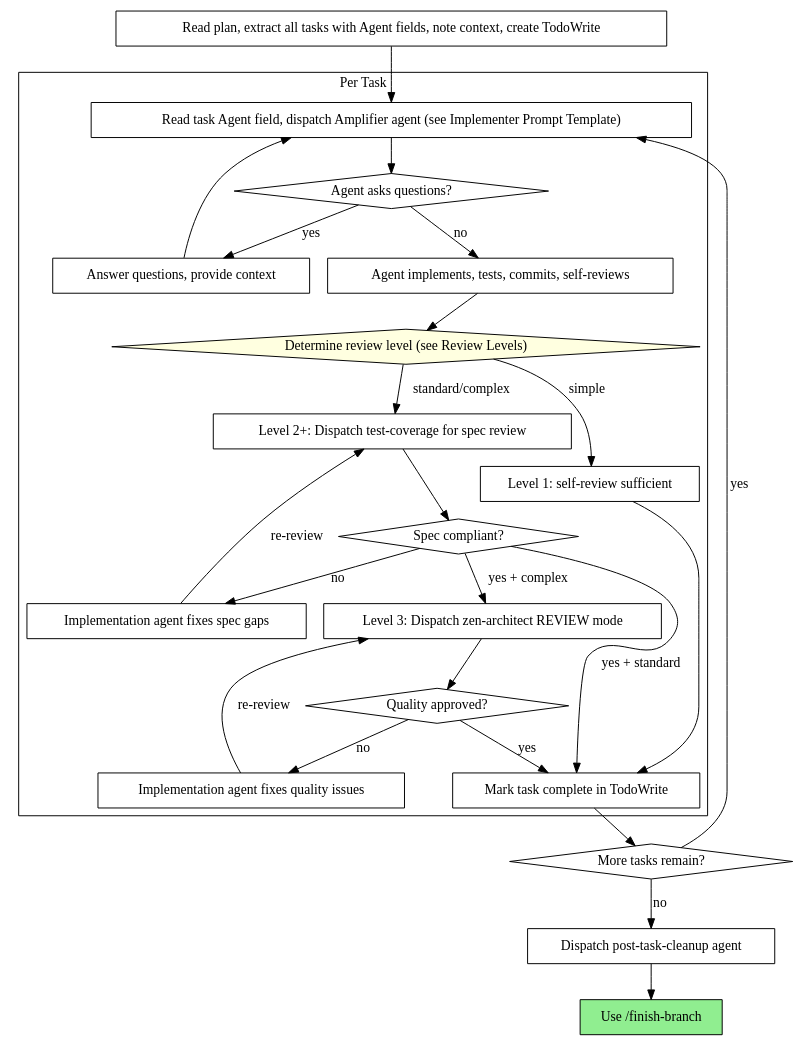
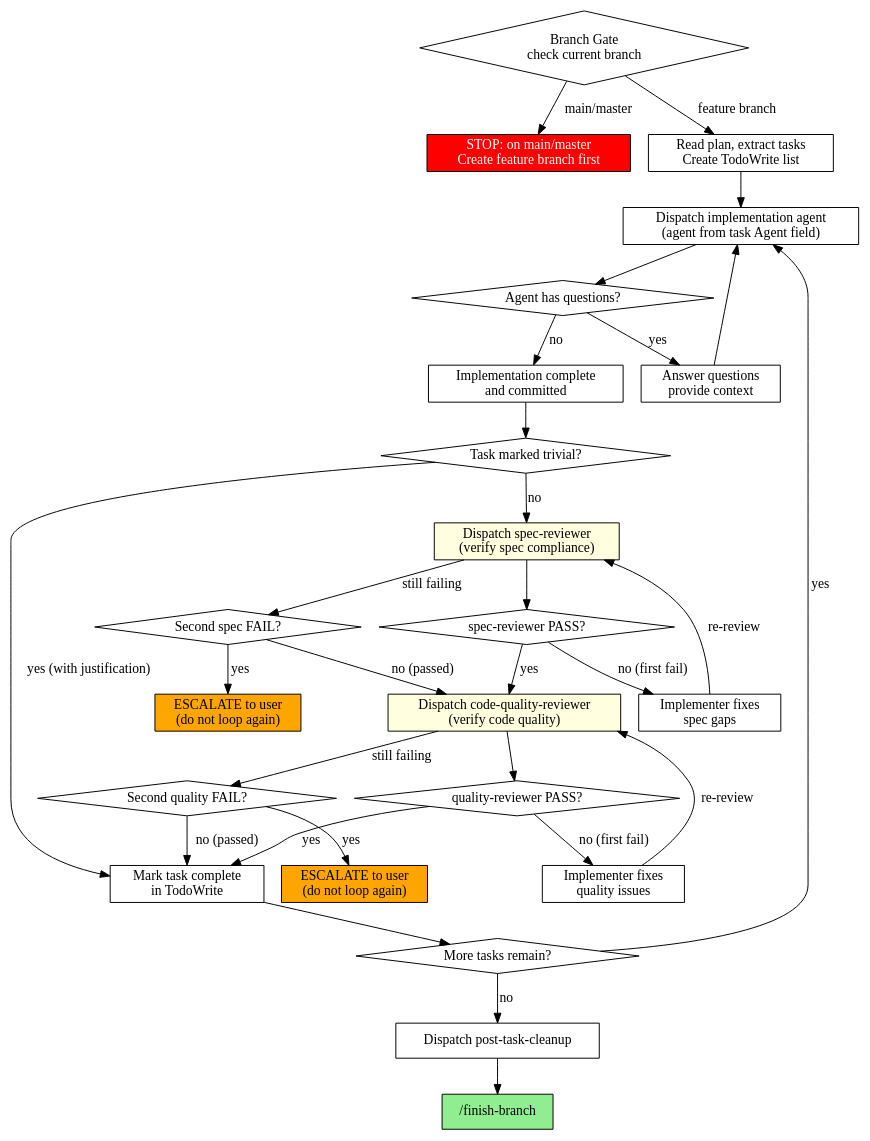
One commit to microsoft/amplifier changed the second of 2 diagrams in .claude/commands/subagent-dev.md. Above: the diagram before and after it, drawn with Graphviz. The commit also changed other lines of this file and 38 other files, not shown here.

````diff
--- a/.claude/commands/subagent-dev.md
+++ b/.claude/commands/subagent-dev.md
@@ -120,50 +175,57 @@
 ```dot
-digraph process {
-    rankdir=TB;
+digraph subagent_dev {
+  rankdir=TB;
 
-    subgraph cluster_per_task {
-        label="Per Task";
-        "Read task Agent field, dispatch Amplifier agent (see Implementer Prompt Template)" [shape=box];
-        "Agent asks questions?" [shape=diamond];
-        "Answer questions, provide context" [shape=box];
-        "Agent implements, tests, commits, self-reviews" [shape=box];
-        "Determine review level (see Review Levels)" [shape=diamond style=filled fillcolor=lightyellow];
-        "Level 1: self-review sufficient" [shape=box];
-        "Level 2+: Dispatch test-coverage for spec review" [shape=box];
-        "Spec compliant?" [shape=diamond];
-        "Implementation agent fixes spec gaps" [shape=box];
-        "Level 3: Dispatch zen-architect REVIEW mode" [shape=box];
-        "Quality approved?" [shape=diamond];
-        "Implementation agent fixes quality issues" [shape=box];
-        "Mark task complete in TodoWrite" [shape=box];
-    }
+  "branch_gate" [label="Branch Gate\ncheck current branch" shape=diamond];
+  "on_main" [label="STOP: on main/master\nCreate feature branch first" shape=box style=filled fillcolor=red fontcolor=white];
+  "load_plan" [label="Read plan, extract tasks\nCreate TodoWrite list" shape=box];
+  "dispatch_impl" [label="Dispatch implementation agent\n(agent from task Agent field)" shape=box];
+  "impl_questions" [label="Agent has questions?" shape=diamond];
+  "answer" [label="Answer questions\nprovide context" shape=box];
+  "impl_done" [label="Implementation complete\nand committed" shape=box];
+  "trivial" [label="Task marked trivial?" shape=diamond];
+  "spec_review" [label="Dispatch spec-reviewer\n(verify spec compliance)" shape=box style=filled fillcolor=lightyellow];
+  "spec_pass" [label="spec-reviewer PASS?" shape=diamond];
+  "spec_fix" [label="Implementer fixes\nspec gaps" shape=box];
+  "spec_second_fail" [label="Second spec FAIL?" shape=diamond];
+  "spec_escalate" [label="ESCALATE to user\n(do not loop again)" shape=box style=filled fillcolor=orange];
+  "quality_review" [label="Dispatch code-quality-reviewer\n(verify code quality)" shape=box style=filled fillcolor=lightyellow];
+  "quality_pass" [label="quality-reviewer PASS?" shape=diamond];
+  "quality_fix" [label="Implementer fixes\nquality issues" shape=box];
+  "quality_second_fail" [label="Second quality FAIL?" shape=diamond];
+  "quality_escalate" [label="ESCALATE to user\n(do not loop again)" shape=box style=filled fillcolor=orange];
+  "task_complete" [label="Mark task complete\nin TodoWrite" shape=box];
+  "more_tasks" [label="More tasks remain?" shape=diamond];
+  "cleanup" [label="Dispatch post-task-cleanup" shape=box];
+  "finish" [label="/finish-branch" shape=box style=filled fillcolor=lightgreen];
 
-    "Read plan, extract all tasks with Agent fields, note context, create TodoWrite" [shape=box];
-    "More tasks remain?" [shape=diamond];
-    "Dispatch post-task-cleanup agent" [shape=box];
-    "Use /finish-branch" [shape=box style=filled fillcolor=lightgreen];
-
-    "Read plan, extract all tasks with Agent fields, note context, create TodoWrite" -> "Read task Agent field, dispatch Amplifier agent (see Implementer Prompt Template)";
-    "Read task Agent field, dispatch Amplifier agent (see Implementer Prompt Template)" -> "Agent asks questions?";
-    "Agent asks questions?" -> "Answer questions, provide context" [label="yes"];
-    "Answer questions, provide context" -> "Read task Agent field, dispatch Amplifier agent (see Implementer Prompt Template)";
-    "Agent asks questions?" -> "Agent implements, tests, commits, self-reviews" [label="no"];
-    "Agent implements, tests, commits, self-reviews" -> "Determine review level (see Review Levels)";
-    "Determine review level (see Review Levels)" -> "Level 1: self-review sufficient" [label="simple"];
-    "Determine review level (see Review Levels)" -> "Level 2+: Dispatch test-coverage for spec review" [label="standard/complex"];
-    "Level 1: self-review sufficient" -> "Mark task complete in TodoWrite";
-    "Level 2+: Dispatch test-coverage for spec review" -> "Spec compliant?";
-    "Spec compliant?" -> "Implementation agent fixes spec gaps" [label="no"];
-    "Implementation agent fixes spec gaps" -> "Level 2+: Dispatch test-coverage for spec review" [label="re-review"];
-    "Spec compliant?" -> "Level 3: Dispatch zen-architect REVIEW mode" [label="yes + complex"];
-    "Spec compliant?" -> "Mark task complete in TodoWrite" [label="yes + standard"];
-    "Level 3: Dispatch zen-architect REVIEW mode" -> "Quality approved?";
-    "Quality approved?" -> "Implementation agent fixes quality issues" [label="no"];
-    "Implementation agent fixes quality issues" -> "Level 3: Dispatch zen-architect REVIEW mode" [label="re-review"];
-    "Quality approved?" -> "Mark task complete in TodoWrite" [label="yes"];
-    "Mark task complete in TodoWrite" -> "More tasks remain?";
-    "More tasks remain?" -> "Read task Agent field, dispatch Amplifier agent (see Implementer Prompt Template)" [label="yes"];
-    "More tasks remain?" -> "Dispatch post-task-cleanup agent" [label="no"];
-    "Dispatch post-task-cleanup agent" -> "Use /finish-branch";
+  "branch_gate" -> "on_main" [label="main/master"];
+  "branch_gate" -> "load_plan" [label="feature branch"];
+  "load_plan" -> "dispatch_impl";
+  "dispatch_impl" -> "impl_questions";
+  "impl_questions" -> "answer" [label="yes"];
+  "answer" -> "dispatch_impl";
+  "impl_questions" -> "impl_done" [label="no"];
+  "impl_done" -> "trivial";
+  "trivial" -> "task_complete" [label="yes (with justification)"];
+  "trivial" -> "spec_review" [label="no"];
+  "spec_review" -> "spec_pass";
+  "spec_pass" -> "quality_review" [label="yes"];
+  "spec_pass" -> "spec_fix" [label="no (first fail)"];
+  "spec_fix" -> "spec_review" [label="re-review"];
+  "spec_review" -> "spec_second_fail" [label="still failing"];
+  "spec_second_fail" -> "spec_escalate" [label="yes"];
+  "spec_second_fail" -> "quality_review" [label="no (passed)"];
+  "quality_review" -> "quality_pass";
+  "quality_pass" -> "task_complete" [label="yes"];
+  "quality_pass" -> "quality_fix" [label="no (first fail)"];
+  "quality_fix" -> "quality_review" [label="re-review"];
+  "quality_review" -> "quality_second_fail" [label="still failing"];
+  "quality_second_fail" -> "quality_escalate" [label="yes"];
+  "quality_second_fail" -> "task_complete" [label="no (passed)"];
+  "task_complete" -> "more_tasks";
+  "more_tasks" -> "dispatch_impl" [label="yes"];
+  "more_tasks" -> "cleanup" [label="no"];
+  "cleanup" -> "finish";
 }
 ```
````
